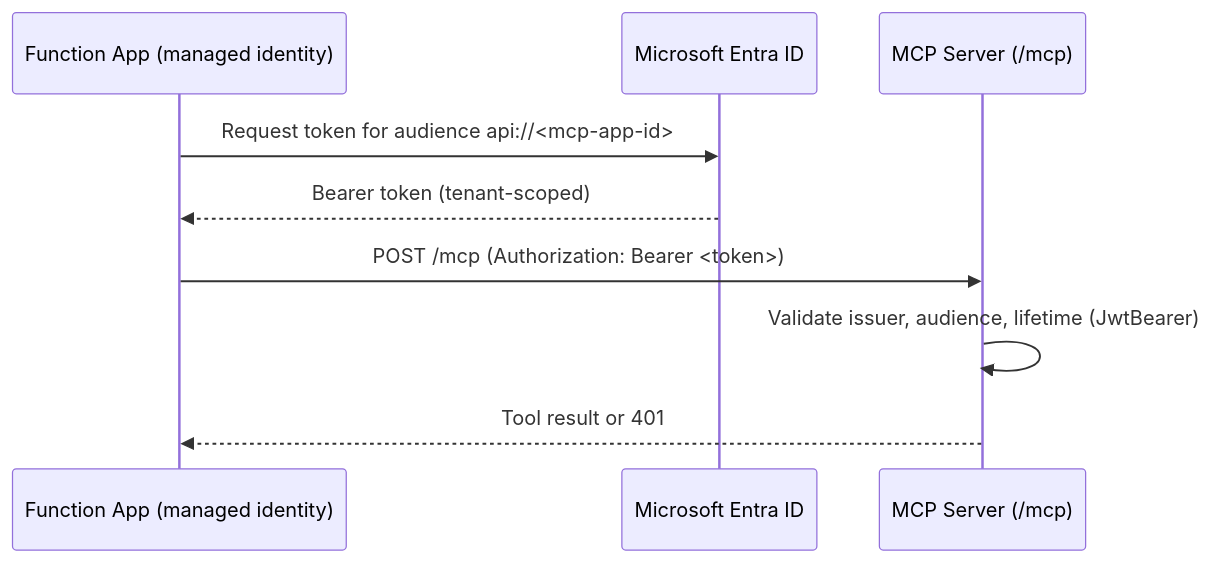
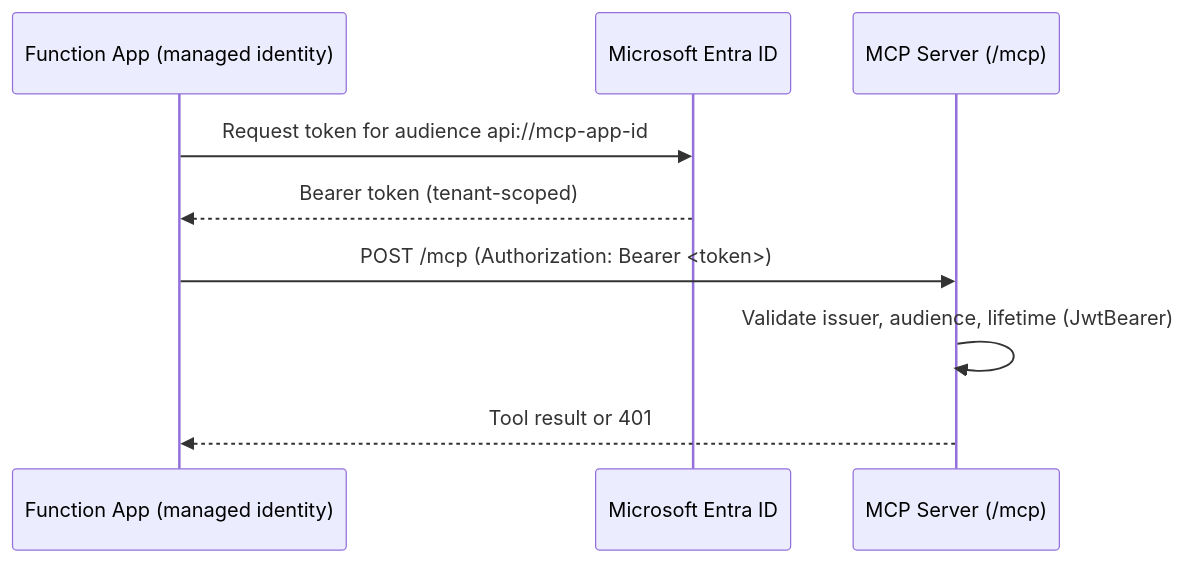
One commit to wtomaz808/e611-IVR changed the second of 2 diagrams in docs/MCP_workflow.md. Above: the diagram before and after it, drawn with Mermaid. The commit also changed other lines of this file and 12 other files, not shown here.

````diff
--- a/docs/MCP_workflow.md
+++ b/docs/MCP_workflow.md
@@ -64,11 +64,11 @@
 ```mermaid
 sequenceDiagram
     participant Func as Function App (managed identity)
     participant Entra as Microsoft Entra ID
     participant MCP as MCP Server (/mcp)
-    Func->>Entra: Request token for audience api://<mcp-app-id>
+    Func->>Entra: Request token for audience api://mcp-app-id
     Entra-->>Func: Bearer token (tenant-scoped)
     Func->>MCP: POST /mcp  (Authorization: Bearer <token>)
     MCP->>MCP: Validate issuer, audience, lifetime (JwtBearer)
     MCP-->>Func: Tool result or 401
 ```
````
